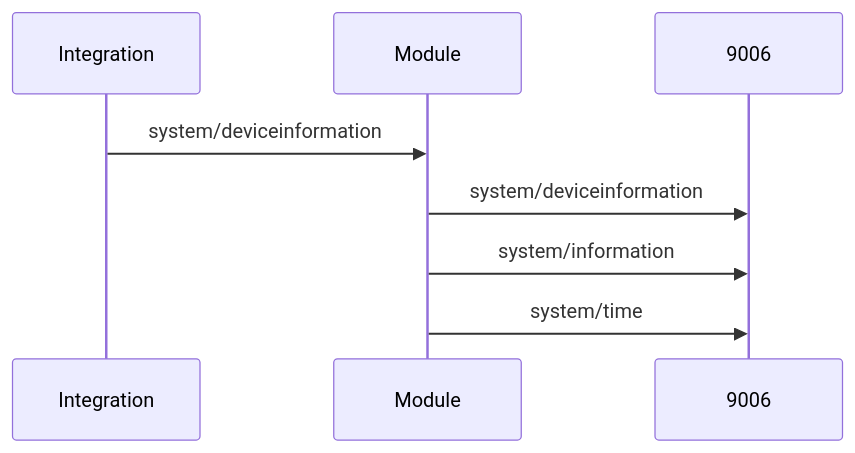
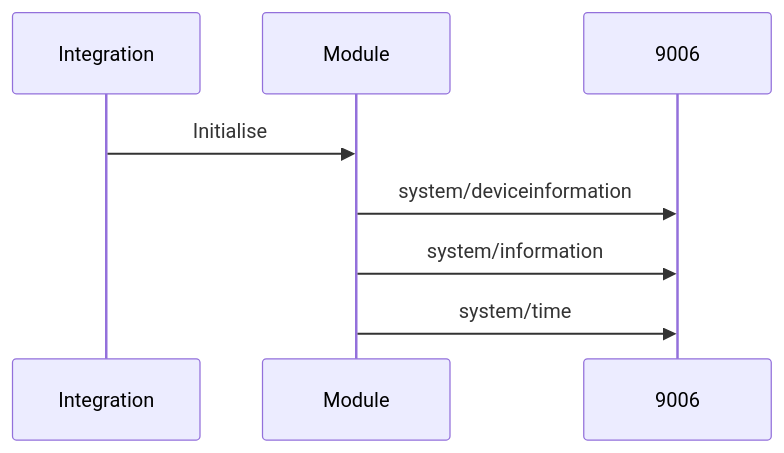
One commit to RogerSelwyn/test-mermaid changed the first of 2 diagrams in flowchart/README.md. Above: the diagram before and after it, drawn with Mermaid. The commit also changed other lines of this file, not shown here.

````diff
--- a/flowchart/README.md
+++ b/flowchart/README.md
@@ -3,10 +3,10 @@
 ```mermaid
 sequenceDiagram
 participant I as Integration
 participant M as Module
 participant J as 9006
-I->>M: system/deviceinformation
+I->>M: Initialise
 M->>J: system/deviceinformation
 M->>J: system/information
 M->>J: system/time
 ```
````
